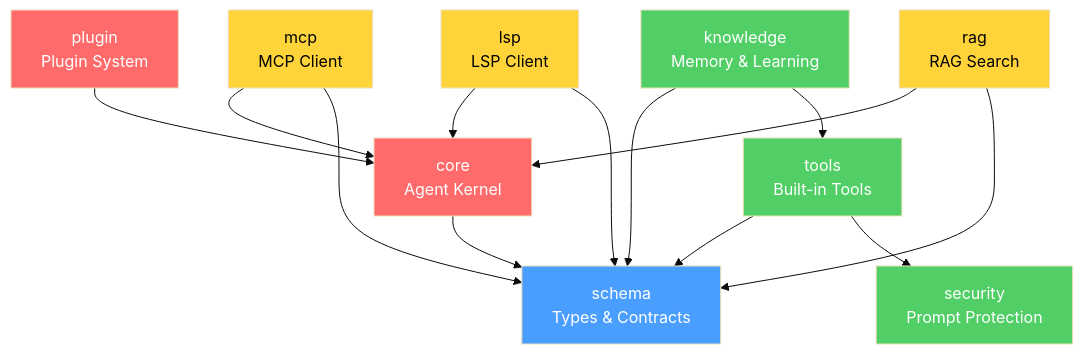
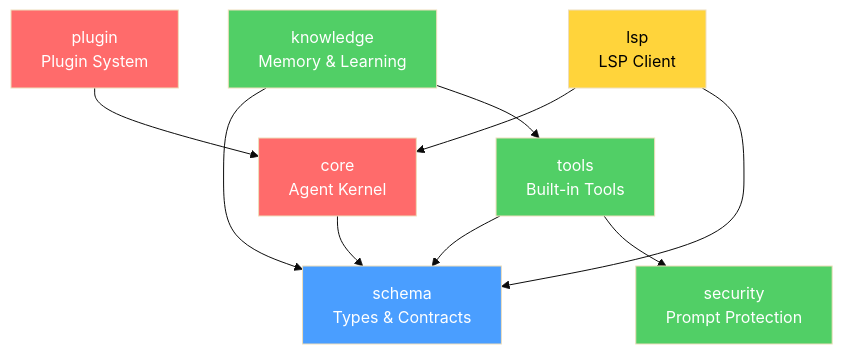
One commit to vinhnt-develop/vinhnt-sdk changed the first of 2 diagrams in docs/README.md. Above: the diagram before and after it, drawn with Mermaid (base theme). The commit also changed other lines of this file and 53 other files, not shown here.

First line of the commit message:
refactor: remove mcp and rag packages

````diff
--- a/docs/README.md
+++ b/docs/README.md
@@ -44,35 +42,27 @@
 ```mermaid
 graph TD
     schema["schema<br/>Types & Contracts"]
     core["core<br/>Agent Kernel"]
     tools["tools<br/>Built-in Tools"]
     knowledge["knowledge<br/>Memory & Learning"]
     security["security<br/>Prompt Protection"]
     plugin["plugin<br/>Plugin System"]
-    mcp["mcp<br/>MCP Client"]
     lsp["lsp<br/>LSP Client"]
-    rag["rag<br/>RAG Search"]
 
     core --> schema
     tools --> schema
     tools --> security
     knowledge --> schema
     knowledge --> tools
     plugin --> core
-    mcp --> core
-    mcp --> schema
     lsp --> core
     lsp --> schema
-    rag --> core
-    rag --> schema
 
     style schema fill:#4a9eff,color:#fff
     style core fill:#ff6b6b,color:#fff
     style tools fill:#51cf66,color:#fff
     style knowledge fill:#51cf66,color:#fff
     style security fill:#51cf66,color:#fff
     style plugin fill:#ff6b6b,color:#fff
-    style mcp fill:#ffd43b,color:#000
     style lsp fill:#ffd43b,color:#000
-    style rag fill:#ffd43b,color:#000
 ```
````
